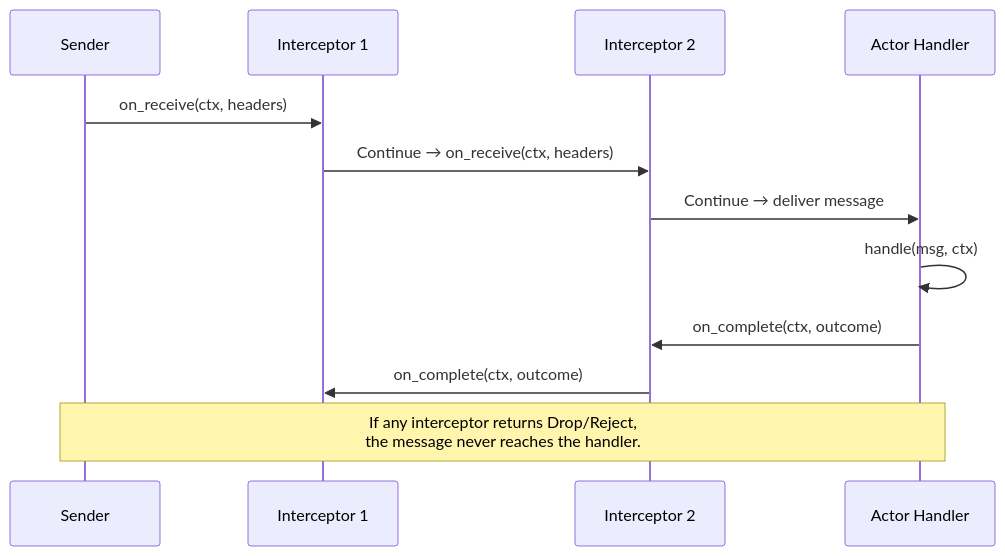
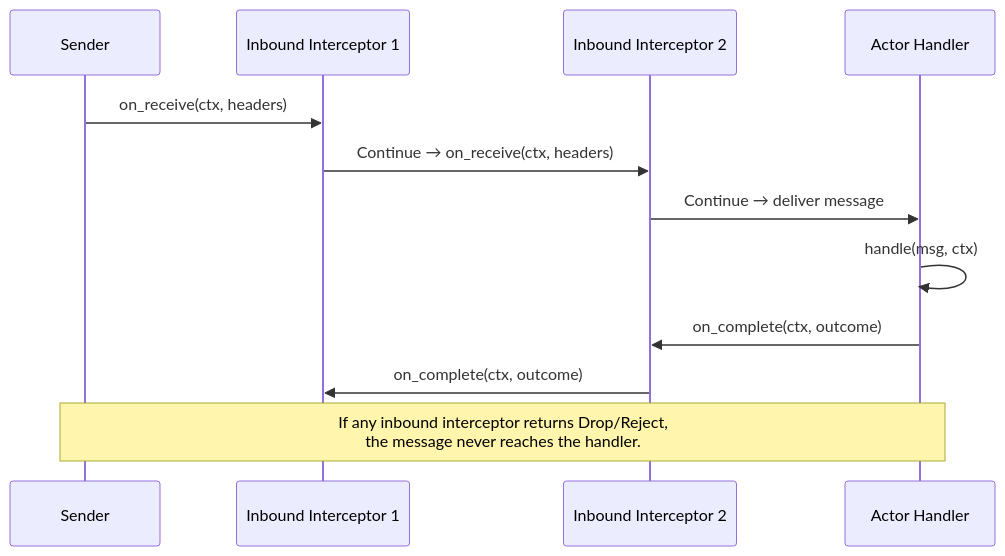
Before and after one commit to ditas-team/dactor: the sixth of 14 diagrams in docs/design-v0.2.md, drawn with Mermaid. The commit also changed other lines of this file, not shown here.

First line of the commit message:
docs: rename Interceptor → InboundInterceptor for symmetry

````diff
--- a/docs/design-v0.2.md
+++ b/docs/design-v0.2.md
@@ -1170,16 +1170,16 @@
 ```mermaid
 sequenceDiagram
     participant S as Sender
-    participant I1 as Interceptor 1
-    participant I2 as Interceptor 2
+    participant I1 as Inbound Interceptor 1
+    participant I2 as Inbound Interceptor 2
     participant A as Actor Handler
     
     S->>I1: on_receive(ctx, headers)
     I1->>I2: Continue → on_receive(ctx, headers)
     I2->>A: Continue → deliver message
     A->>A: handle(msg, ctx)
     A->>I2: on_complete(ctx, outcome)
     I2->>I1: on_complete(ctx, outcome)
     
-    Note over S,A: If any interceptor returns Drop/Reject,<br/>the message never reaches the handler.
+    Note over S,A: If any inbound interceptor returns Drop/Reject,<br/>the message never reaches the handler.
 ```
````
